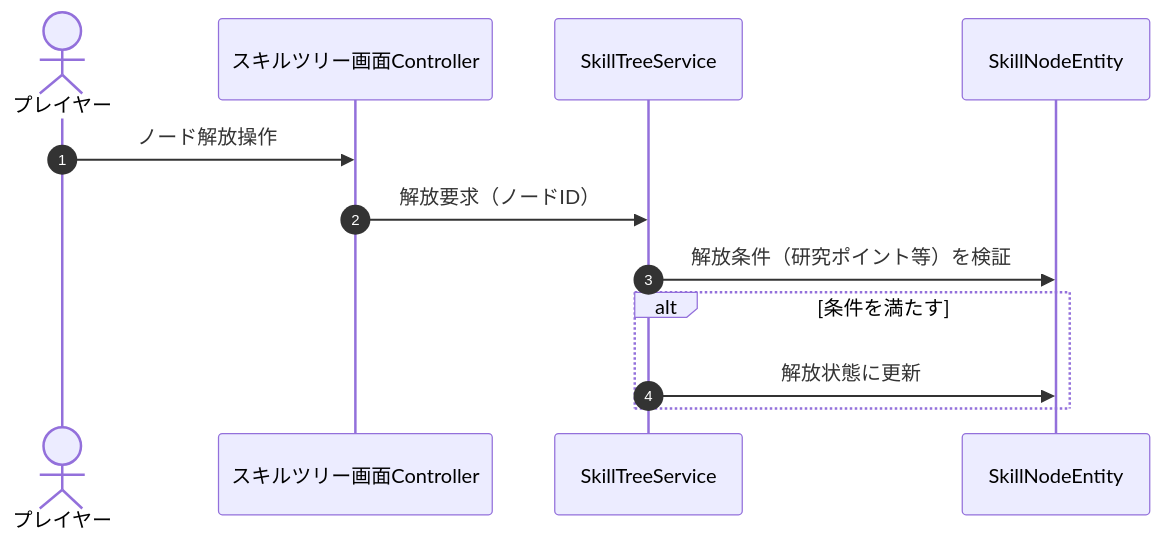
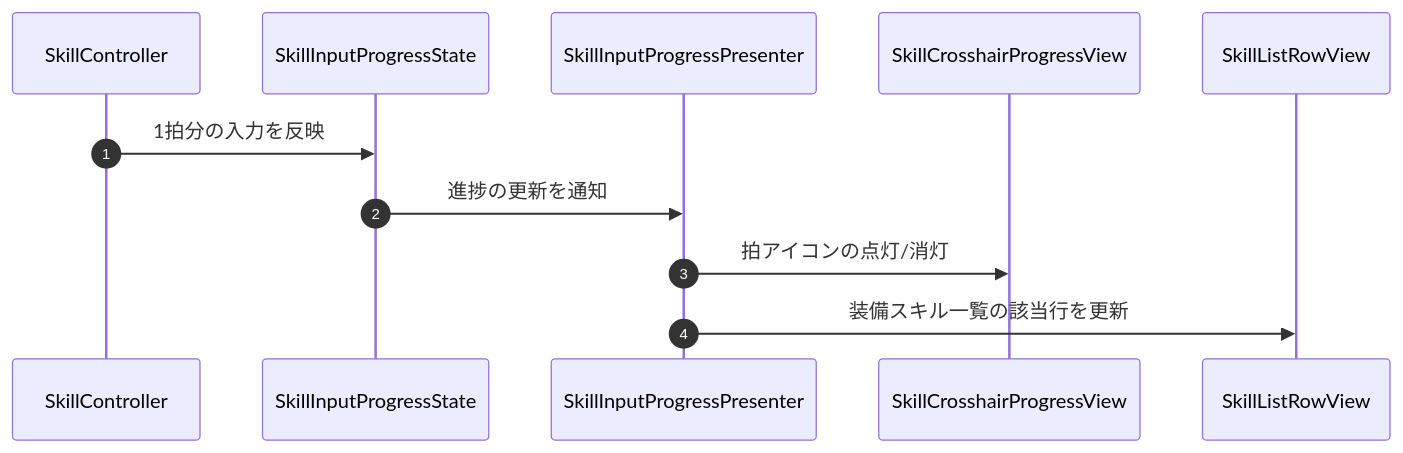
One commit to HIBIKI5201/SymphonyKillChord changed the third of 3 diagrams in Assets/Docs/ScriptsDocs/Modules/NotionModuleDocs/Skill.md. Above: the diagram before and after it, drawn with Mermaid. The commit also changed other lines of this file and 3 other files, not shown here.

````diff
--- a/Assets/Docs/ScriptsDocs/Modules/NotionModuleDocs/Skill.md
+++ b/Assets/Docs/ScriptsDocs/Modules/NotionModuleDocs/Skill.md
@@ -146,15 +195,14 @@
 ```mermaid
 sequenceDiagram
     autonumber
-    actor Player as プレイヤー
-    participant Controller as スキルツリー画面Controller
-    participant Service as SkillTreeService
-    participant Node as SkillNodeEntity
+    participant Ctrl as SkillController
+    participant State as SkillInputProgressState
+    participant Presenter as SkillInputProgressPresenter
+    participant Crosshair as SkillCrosshairProgressView
+    participant List as SkillListRowView
 
-    Player ->> Controller: ノード解放操作
-    Controller ->> Service: 解放要求（ノードID）
-    Service ->> Node: 解放条件（研究ポイント等）を検証
-    alt 条件を満たす
-        Service ->> Node: 解放状態に更新
-    end
+    Ctrl ->> State: 1拍分の入力を反映
+    State ->> Presenter: 進捗の更新を通知
+    Presenter ->> Crosshair: 拍アイコンの点灯/消灯
+    Presenter ->> List: 装備スキル一覧の該当行を更新
 ```
````
